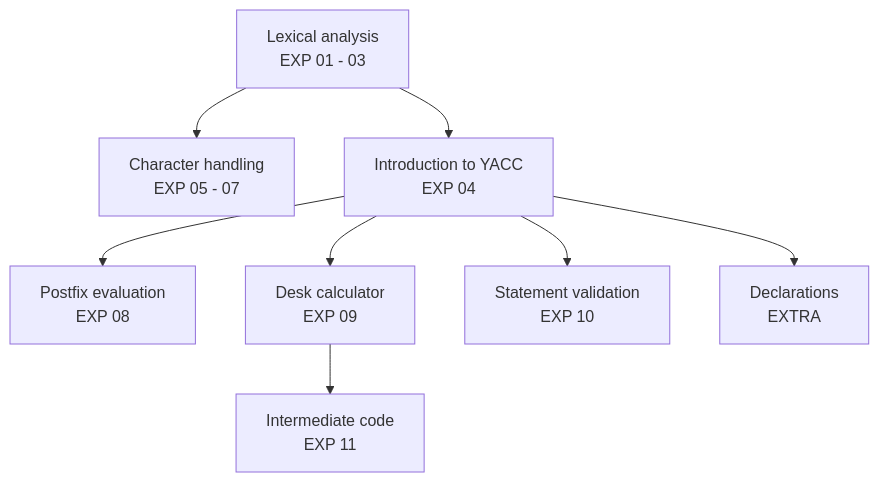
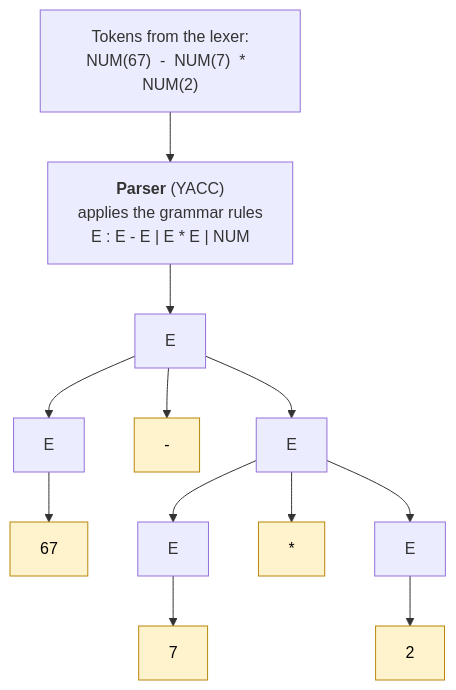
One commit to ananyamarghade/Compiler-Construction-Lab changed the third of 4 diagrams in README.md. Above: the diagram before and after it, drawn with Mermaid. The commit also changed other lines of this file, not shown here.

````diff
--- a/README.md
+++ b/README.md
@@ -106,10 +107,16 @@
 ```mermaid
 flowchart TD
-    A["Lexical analysis<br/>EXP 01 - 03"] --> B["Character handling<br/>EXP 05 - 07"]
-    A --> C["Introduction to YACC<br/>EXP 04"]
-    C --> D["Postfix evaluation<br/>EXP 08"]
-    C --> E["Desk calculator<br/>EXP 09"]
-    C --> F["Statement validation<br/>EXP 10"]
-    C --> G["Declarations<br/>EXTRA"]
-    E --> H["Intermediate code<br/>EXP 11"]
+    TOK["Tokens from the lexer:<br/>NUM(67)  -  NUM(7)  *  NUM(2)"] --> P["<b>Parser</b> (YACC)<br/>applies the grammar rules<br/>E : E - E  |  E * E  |  NUM"]
+    P --> E0["E"]
+    E0 --> E1["E"]
+    E0 --> OP1["-"]
+    E0 --> E2["E"]
+    E1 --> N1["67"]
+    E2 --> E3["E"]
+    E2 --> OP2["*"]
+    E2 --> E4["E"]
+    E3 --> N2["7"]
+    E4 --> N3["2"]
+    classDef leaf fill:#fff3cd,stroke:#b8860b,color:#000;
+    class N1,N2,N3,OP1,OP2 leaf;
 ```
````
